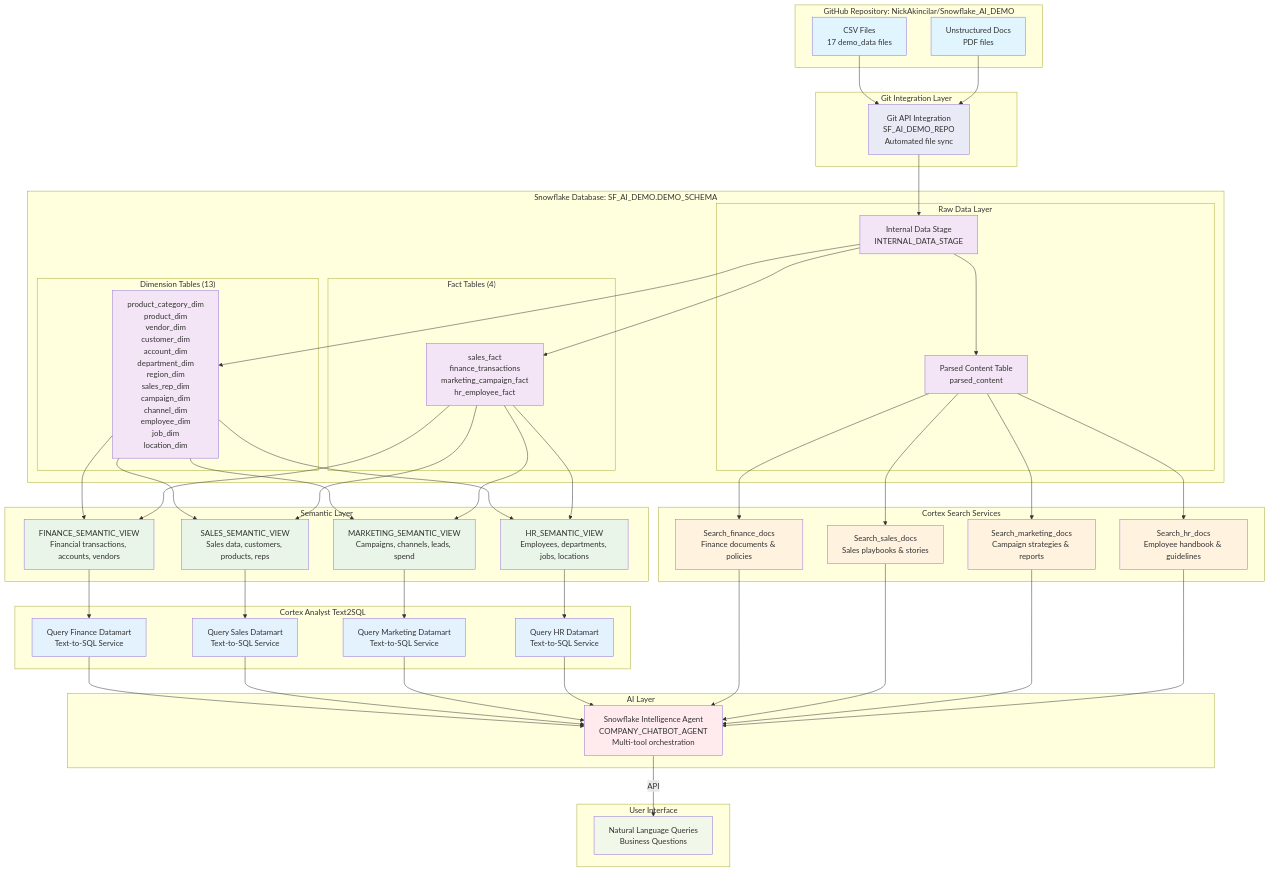
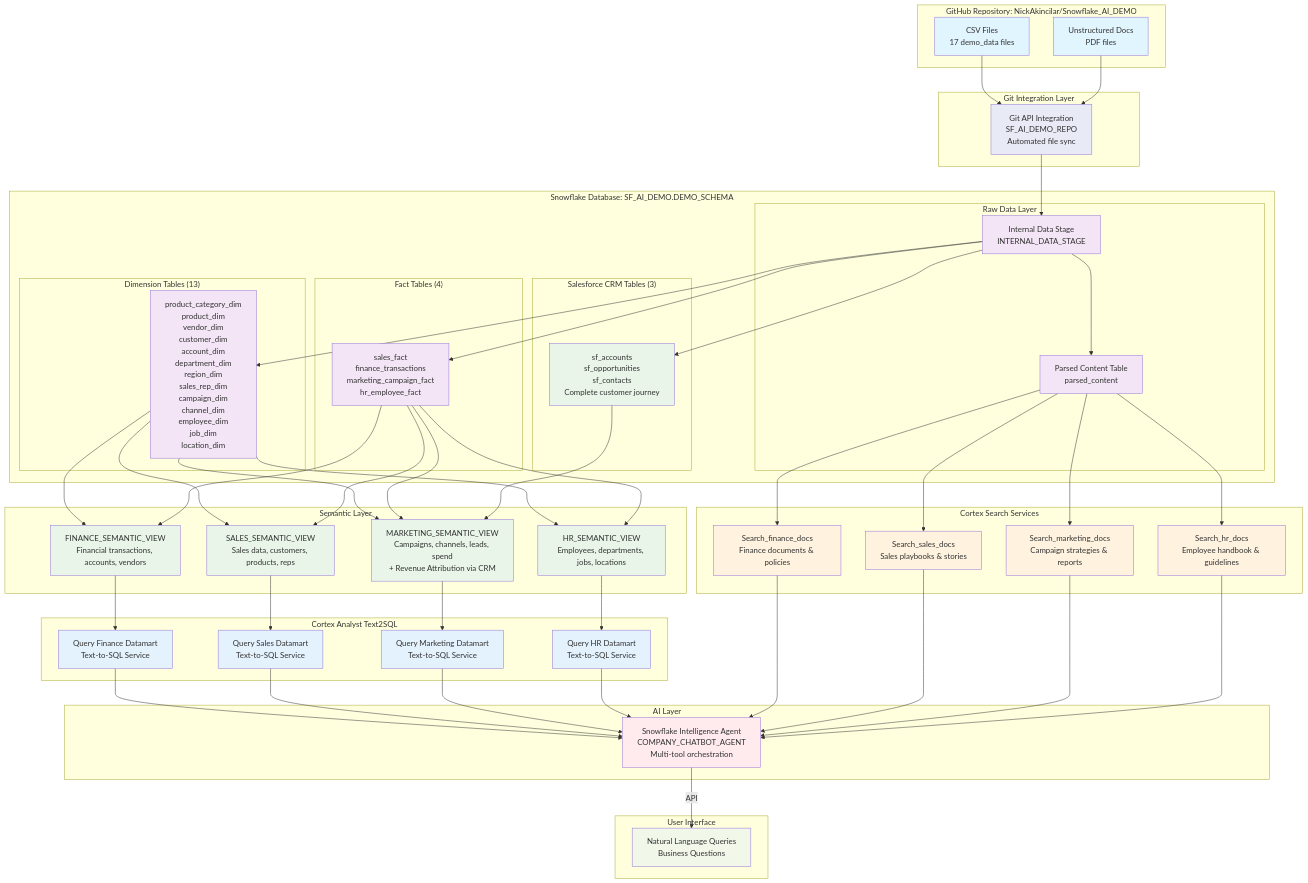
Before and after one commit to shabnam-b/Snowflake_AI_DEMO: the diagram in README.md, drawn with Mermaid. The commit also changed other lines of this file, not shown here.

```diff
--- a/README.md
+++ b/README.md
@@ -66,12 +67,16 @@
         subgraph "Fact Tables (4)"
             G[sales_fact<br/>finance_transactions<br/>marketing_campaign_fact<br/>hr_employee_fact]
         end
+        
+        subgraph "Salesforce CRM Tables (3)"
+            SF[sf_accounts<br/>sf_opportunities<br/>sf_contacts<br/>Complete customer journey]
+        end
     end
 
     subgraph "Semantic Layer"
         H[FINANCE_SEMANTIC_VIEW<br/>Financial transactions, accounts, vendors]
         I[SALES_SEMANTIC_VIEW<br/>Sales data, customers, products, reps]
-        J[MARKETING_SEMANTIC_VIEW<br/>Campaigns, channels, leads, spend]
+        J[MARKETING_SEMANTIC_VIEW<br/>Campaigns, channels, leads, spend<br/>+ Revenue Attribution via CRM]
         K[HR_SEMANTIC_VIEW<br/>Employees, departments, jobs, locations]
     end
 
@@ -103,6 +108,7 @@
     A --> D
     D --> F
     D --> G
+    D --> SF
     D --> E
     
     %% Semantic Views
@@ -112,6 +118,7 @@
     G --> I
     F --> J
     G --> J
+    SF --> J
     F --> K
     G --> K
     
@@ -144,6 +151,7 @@
     classDef dataSource fill:#e1f5fe
     classDef gitIntegration fill:#e8eaf6
     classDef database fill:#f3e5f5
+    classDef crm fill:#e8f5e8
     classDef semantic fill:#e8f5e8
     classDef analyst fill:#e3f2fd
     classDef search fill:#fff3e0
@@ -153,6 +161,7 @@
     class B,C dataSource
     class A gitIntegration
     class D,E,F,G database
+    class SF crm
     class H,I,J,K semantic
     class S,T,U,V analyst
     class L,M,N,O search
```
